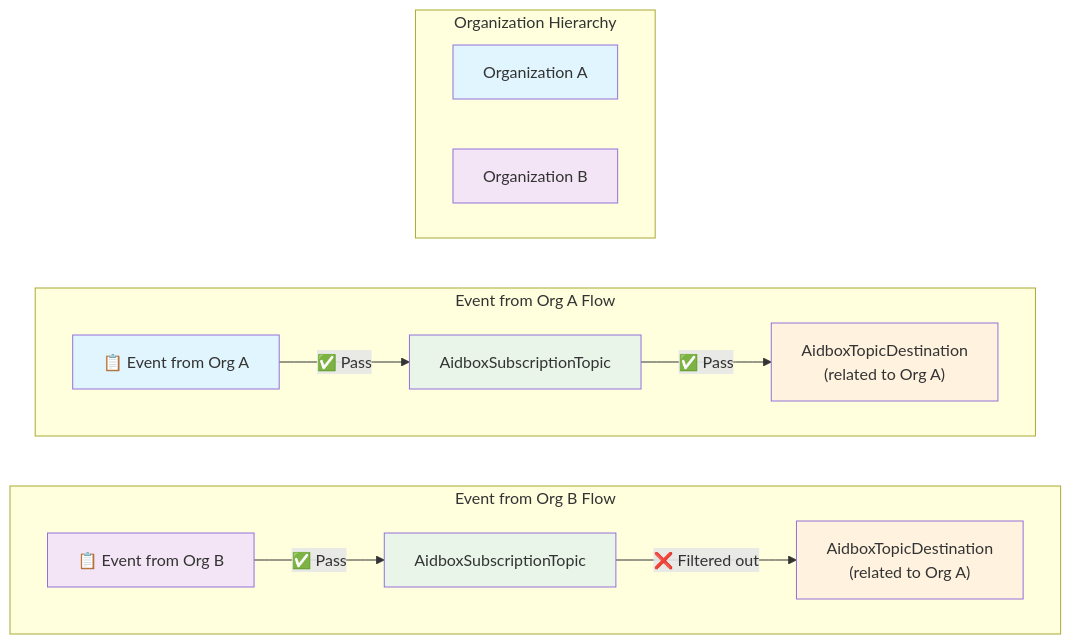
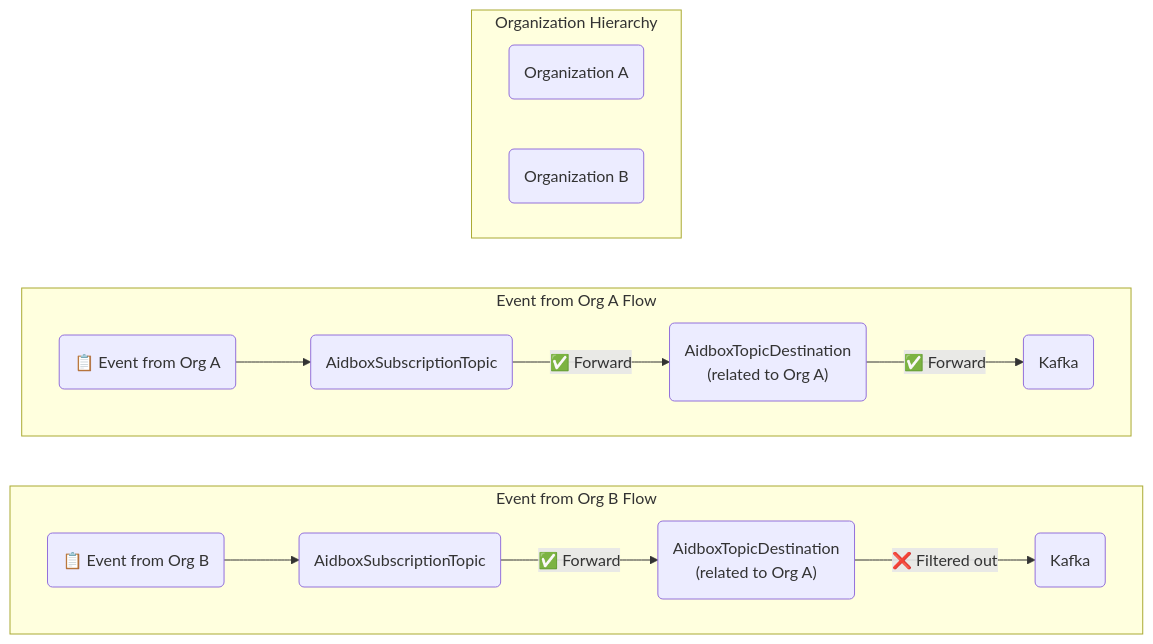
Before and after one commit to HealthSamurai/documentation: the second of 2 diagrams in docs/modules/topic-based-subscriptions/aidbox-topic-based-subscriptions.md, drawn with Mermaid. The commit also changed other lines of this file, not shown here.

Commit message:
aidbox tbs and orgbac

````diff
--- a/docs/modules/topic-based-subscriptions/aidbox-topic-based-subscriptions.md
+++ b/docs/modules/topic-based-subscriptions/aidbox-topic-based-subscriptions.md
@@ -163,48 +158,44 @@
 ```mermaid
 graph TD
 
     %% Org hierarchy
     subgraph OrgHierarchy ["Organization Hierarchy"]
-        OrgA["Organization A"]
-        OrgB["Organization B"]
+        OrgA("Organization A"):::violet1
+        OrgB("Organization B"):::blue1
     end
 
     %% Event from Org A
     subgraph FlowA ["Event from Org A Flow"]
         direction LR
-        EventA["📋 Event from Org A"]
-        TopicAA["AidboxSubscriptionTopic"]
-        DestBA["AidboxTopicDestination<br/>(related to Org A)"]
+        EventA("📋 Event from Org A"):::violet1
+        TopicAA("AidboxSubscriptionTopic"):::red1
+        DestBA("AidboxTopicDestination<br/>(related to Org A)"):::red1
+        ExternalDestBA("Kafka"):::green1
 
-        EventA -->|✅ Pass| TopicAA
-        TopicAA -->|✅ Pass| DestBA
+        EventA --> TopicAA
+        TopicAA -->|✅ Forward| DestBA
+        DestBA -->|✅ Forward| ExternalDestBA
     end
 
     %% Event from Org B
     subgraph FlowB ["Event from Org B Flow"]
         direction LR
-        EventB["📋 Event from Org B"]
-        TopicAB["AidboxSubscriptionTopic"]
-        DestBB["AidboxTopicDestination<br/>(related to Org A)"]
+        EventB("📋 Event from Org B"):::blue1
+        TopicAB("AidboxSubscriptionTopic"):::red1
+        DestBB("AidboxTopicDestination<br/>(related to Org A)"):::red1
+        ExternalDestBB("Kafka"):::green1
 
-        EventB -->|✅ Pass| TopicAB
-        TopicAB -->|❌ Filtered out| DestBB
+        EventB --> TopicAB
+        TopicAB -->|✅ Forward| DestBB
+        DestBB -->|❌ Filtered out| ExternalDestBB
+
     end
 
     %% invisible ordering links
     OrgHierarchy -.-> FlowA
     FlowA -.-> FlowB
 
     %% make the links invisible
-    linkStyle 4,5 opacity:0;
+    linkStyle 6,7 opacity:0;
 
-    %% Styles
-    style OrgA fill:#e1f5fe
-    style OrgB fill:#f3e5f5
-    style EventA fill:#e1f5fe
-    style EventB fill:#f3e5f5
-    style TopicAA fill:#e8f5e8
-    style DestBA fill:#fff3e0
-    style TopicAB fill:#e8f5e8
-    style DestBB fill:#fff3e0
 ```
````
